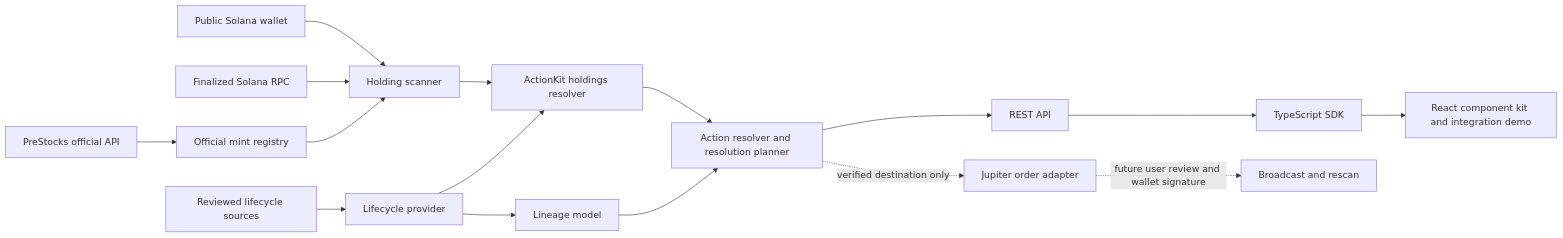
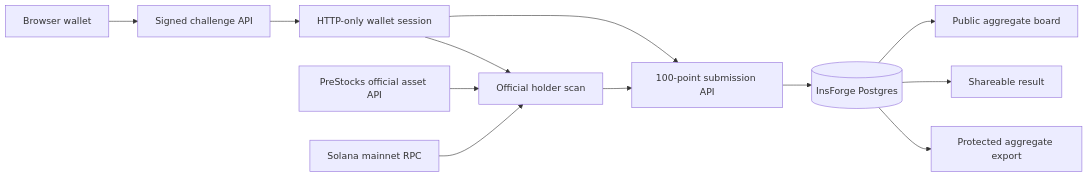
The diagram in README.md (abhigyan1102/PreStocks), drawn with Mermaid before and after one commit. The commit also changed other lines of this file and 9 other files, not shown here.

Commit message:
feat(radar): launch demand board and shareable signal UI

````diff
--- a/README.md
+++ b/README.md
@@ -145,18 +23,14 @@
 ```mermaid
 flowchart LR
-  A[PreStocks official API] --> B[Official mint registry]
-  C[Reviewed lifecycle sources] --> D[Lifecycle provider]
-  D --> E[Lineage model]
-  F[Public Solana wallet] --> G[Holding scanner]
-  H[Finalized Solana RPC] --> G
-  B --> G
-  G --> I[ActionKit holdings resolver]
-  D --> I
-  I --> J[Action resolver and resolution planner]
-  E --> J
-  J --> K[REST API]
-  K --> N[TypeScript SDK]
-  N --> O[React component kit and integration demo]
-  J -. verified destination only .-> L[Jupiter order adapter]
-  L -. future user review and wallet signature .-> M[Broadcast and rescan]
+  W[Browser wallet] --> C[Signed challenge API]
+  C --> S[HTTP-only wallet session]
+  S --> H[Official holder scan]
+  A[PreStocks official asset API] --> H
+  R[Solana mainnet RPC] --> H
+  S --> P[100-point submission API]
+  H --> P
+  P --> D[(InsForge Postgres)]
+  D --> B[Public aggregate board]
+  D --> U[Shareable result]
+  D --> E[Protected aggregate export]
 ```
````
